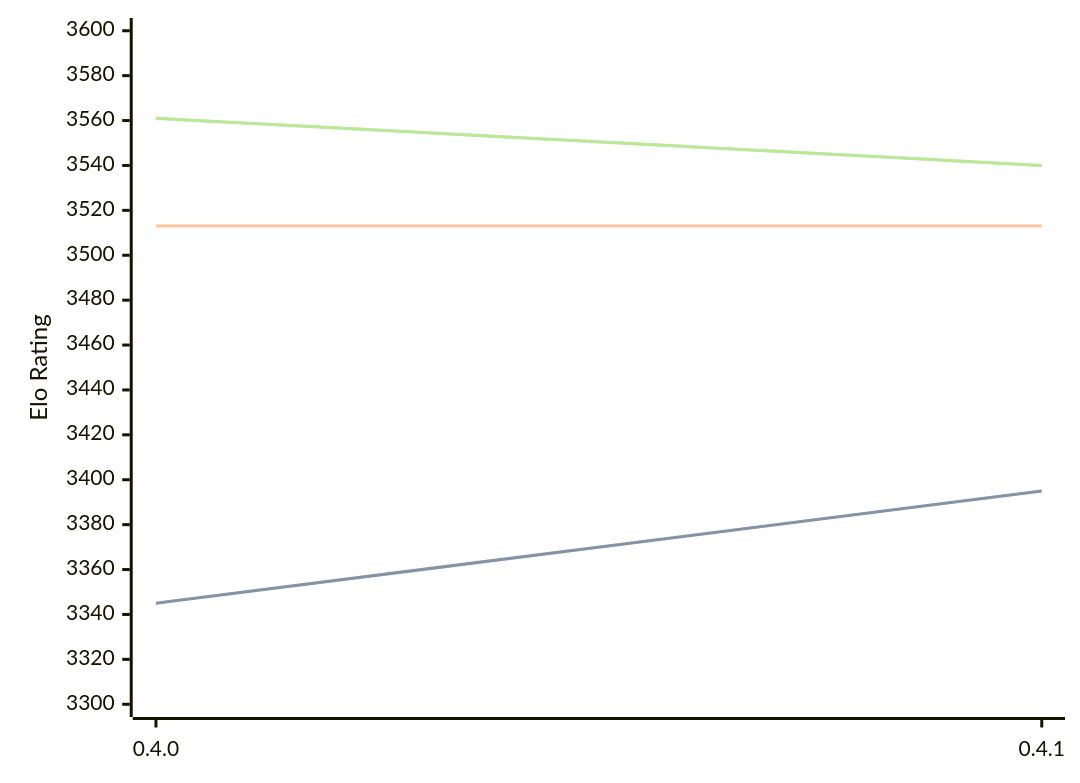
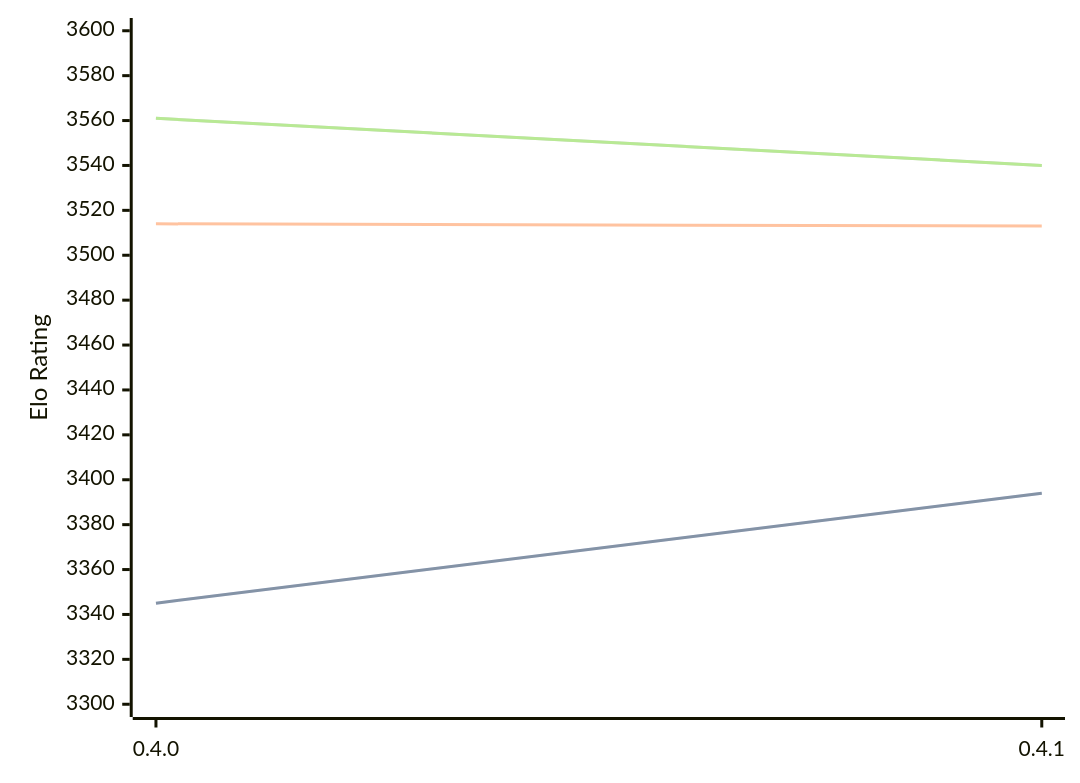
Before and after one commit to computer-chess-index/cci: the diagram in engines/Cinder.md, drawn with Mermaid. The commit also changed other lines of this file, not shown here.

Commit message:
Update CCI Ratings (ELO VLTC) - 2026-03-13

````diff
--- a/engines/Cinder.md
+++ b/engines/Cinder.md
@@ -38,11 +38,11 @@
 ```mermaid
 %%{init: {"theme":"base","themeVariables":{"seriesColors:['#a3a3a3','#222221','#faa371']}}}%%
 xychart-beta
   x-axis ["0.4.0", "0.4.1"]
   y-axis "Elo Rating" 3300 --> 3600
-  line "STC (8.0+0.08s)" [3345, 3395]
-  line "STC (8.0+0.08s)" [3345, 3395]
-  line "LTC (60.0+0.60s)" [3513, 3513]
+  line "STC (8.0+0.08s)" [3345, 3394]
+  line "STC (8.0+0.08s)" [3345, 3394]
+  line "LTC (60.0+0.60s)" [3514, 3513]
   line "VLTC (2m24s+1.12s)" [3561, 3540]
   line "VLTC (2m24s+1.12s)" [3561, 3540]
 ```
````
